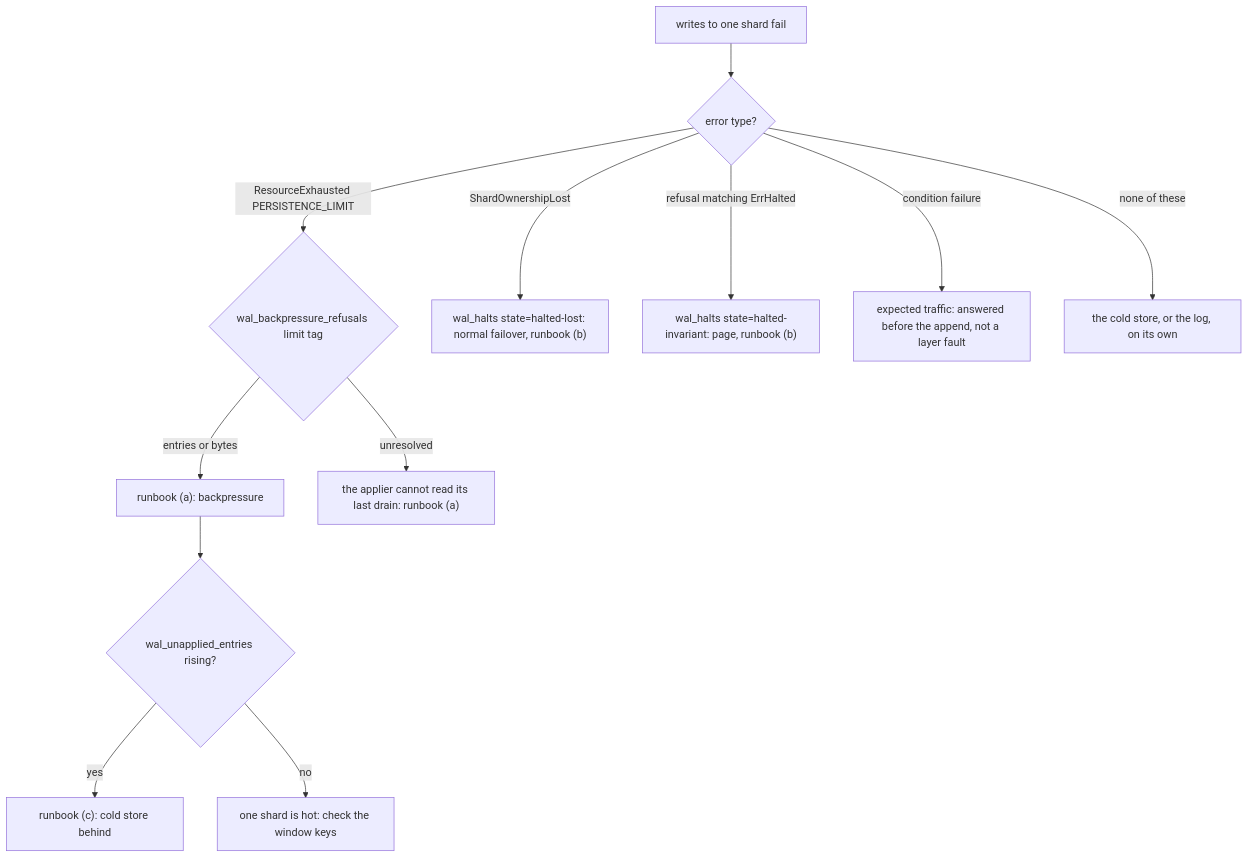
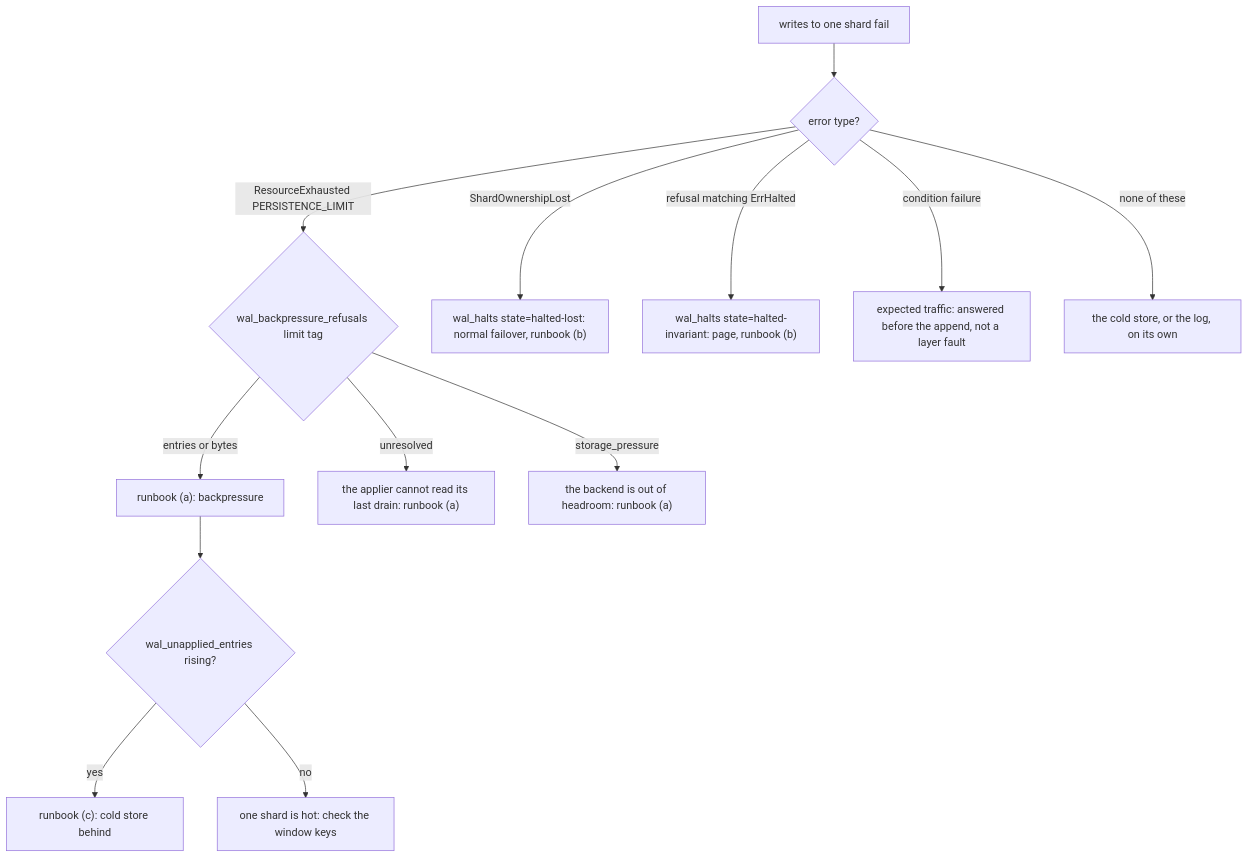
Before and after one commit to aromanovich/waltz: the second of 2 diagrams in docs/handbook/09-operations.md, drawn with Mermaid. The commit also changed other lines of this file and 16 other files, not shown here.

First line of the commit message:
wal: storage pressure — the backend asks, the layer drains, trims and stops (#6)

````diff
--- a/docs/handbook/09-operations.md
+++ b/docs/handbook/09-operations.md
@@ -230,14 +230,15 @@
 ```mermaid
 flowchart TD
     A["writes to one shard fail"] --> B{"error type?"}
     B -->|"ResourceExhausted PERSISTENCE_LIMIT"| C{"wal_backpressure_refusals limit tag"}
     C -->|"entries or bytes"| D["runbook (a): backpressure"]
     C -->|"unresolved"| E["the applier cannot read its last drain: runbook (a)"]
+    C -->|"storage_pressure"| SP["the backend is out of headroom: runbook (a)"]
     B -->|"ShardOwnershipLost"| F["wal_halts state=halted-lost: normal failover, runbook (b)"]
     B -->|"refusal matching ErrHalted"| G["wal_halts state=halted-invariant: page, runbook (b)"]
     B -->|"condition failure"| H["expected traffic: answered before the append, not a layer fault"]
     B -->|"none of these"| I["the cold store, or the log, on its own"]
     D --> J{"wal_unapplied_entries rising?"}
     J -->|"yes"| K["runbook (c): cold store behind"]
     J -->|"no"| L["one shard is hot: check the window keys"]
 ```
````
